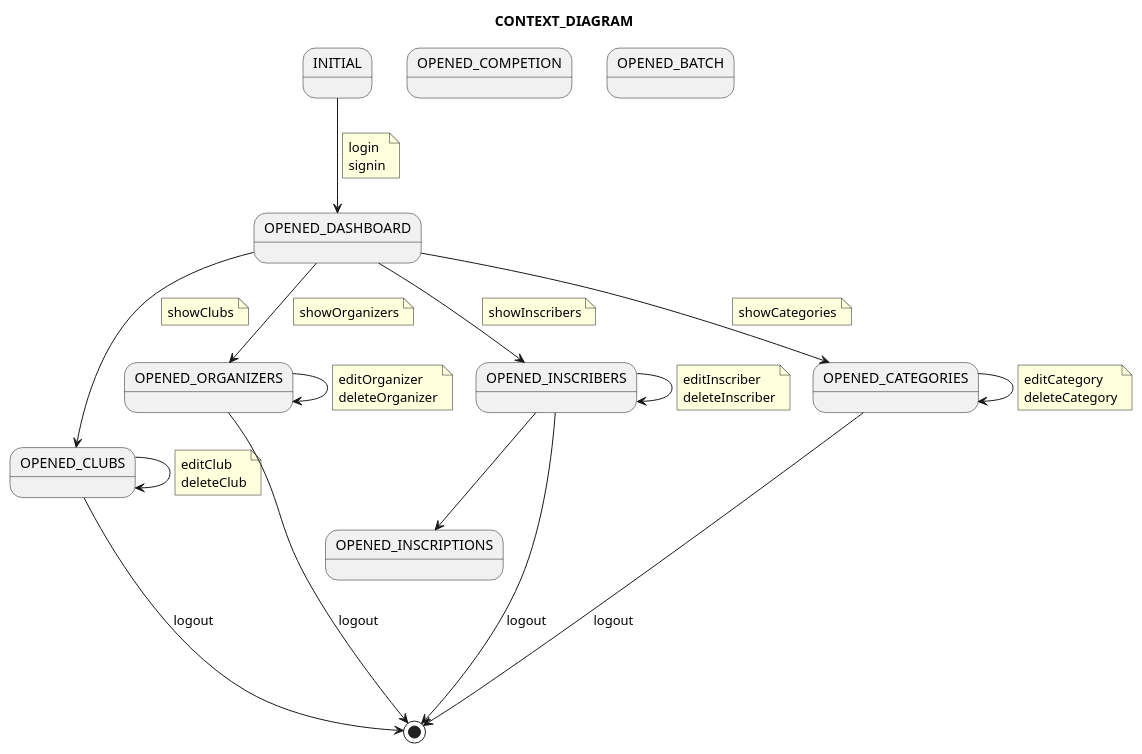
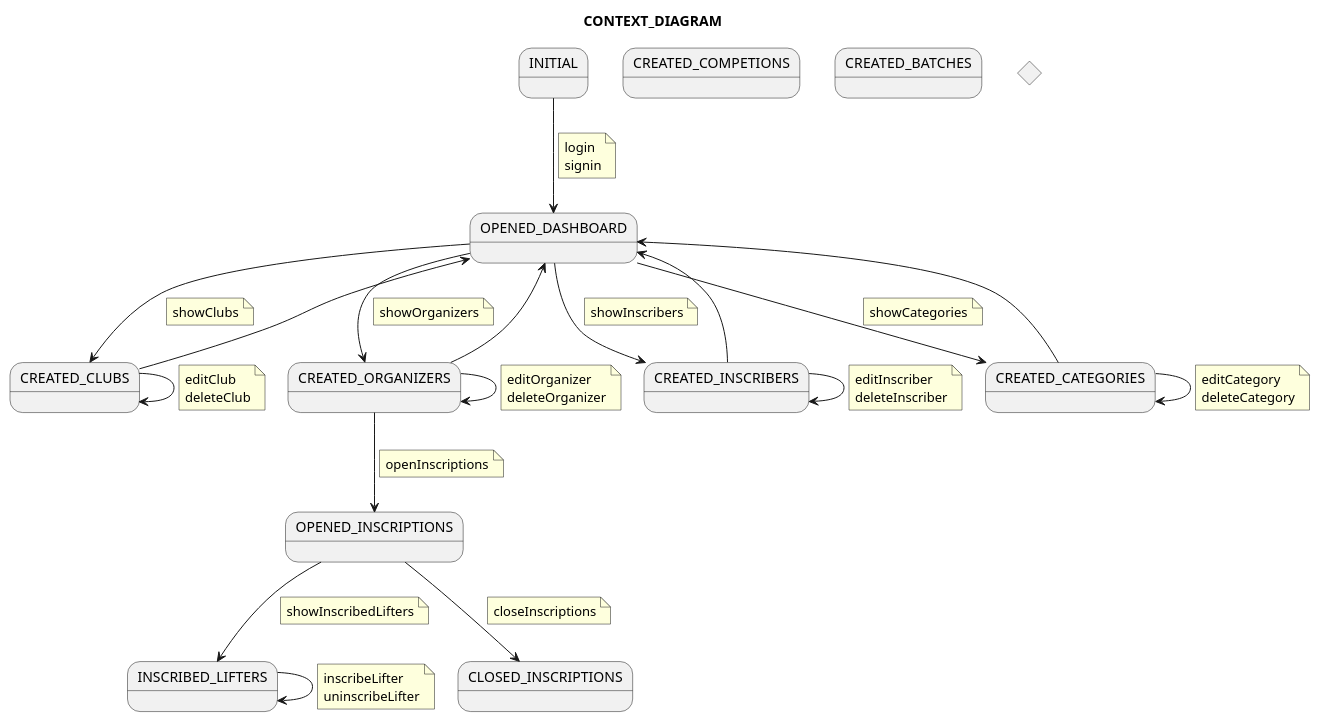
The diagram in diagrams/context/contextDiagram.puml (zuldare/mastercloud_pfm_halterocms), drawn with PlantUML before and after one commit.

Commit message:
Added inscriptions to context diagram

```diff
--- a/diagrams/context/contextDiagram.puml
+++ b/diagrams/context/contextDiagram.puml
@@ -1,97 +1,113 @@
 @startuml
 title CONTEXT_DIAGRAM
 
 state INITIAL
 state OPENED_DASHBOARD
-state OPENED_CLUBS
-state OPENED_ORGANIZERS
-state OPENED_INSCRIBERS
-state OPENED_CATEGORIES
+state CREATED_CLUBS
+state CREATED_ORGANIZERS
+state CREATED_INSCRIBERS
+state CREATED_CATEGORIES
 state OPENED_INSCRIPTIONS
+state CREATED_COMPETIONS
+state CREATED_BATCHES
 
-state OPENED_COMPETION
-state OPENED_BATCH
+state AreInscriptionsOpened <<choice>>
+state INSCRIBED_LIFTERS
 
 
 INITIAL --> OPENED_DASHBOARD
 note on link
   login
   signin
 end note
 
-OPENED_DASHBOARD --> OPENED_CLUBS
+OPENED_DASHBOARD --> CREATED_CLUBS
 note on link
   showClubs
 end note
+CREATED_CLUBS --> OPENED_DASHBOARD
 
-OPENED_DASHBOARD --> OPENED_ORGANIZERS
+
+OPENED_DASHBOARD --> CREATED_ORGANIZERS
 note on link
   showOrganizers
 end note
 
-OPENED_ORGANIZERS --> OPENED_ORGANIZERS
+CREATED_ORGANIZERS --> CREATED_ORGANIZERS
 note on link
   editOrganizer
   deleteOrganizer
 end note
+CREATED_ORGANIZERS --> OPENED_DASHBOARD
 
 
-OPENED_DASHBOARD --> OPENED_INSCRIBERS
+OPENED_DASHBOARD --> CREATED_INSCRIBERS
 note on link
   showInscribers
 end note
+CREATED_INSCRIBERS --> OPENED_DASHBOARD
 
-OPENED_INSCRIBERS --> OPENED_INSCRIBERS
+CREATED_INSCRIBERS --> CREATED_INSCRIBERS
 note on link
   editInscriber
   deleteInscriber
 end note
 
-OPENED_DASHBOARD --> OPENED_CATEGORIES
+OPENED_DASHBOARD --> CREATED_CATEGORIES
 note on link
   showCategories
 end note
 
-OPENED_CATEGORIES --> OPENED_CATEGORIES
+CREATED_CATEGORIES --> CREATED_CATEGORIES
 note on link
   editCategory
   deleteCategory
 end note
+CREATED_CATEGORIES --> OPENED_DASHBOARD
 
 
-OPENED_CLUBS --> OPENED_CLUBS
+CREATED_CLUBS --> CREATED_CLUBS
 note on link
   editClub
   deleteClub
 end note
 
-OPENED_CLUBS ---> [*] : logout
-OPENED_ORGANIZERS ----> [*] : logout
-OPENED_INSCRIBERS ----> [*] : logout
-OPENED_CATEGORIES ----> [*] : logout
+
+INSCRIBED_LIFTERS --> INSCRIBED_LIFTERS
+note on link
+  inscribeLifter
+  uninscribeLifter
+end note
+
+'CREATED_CLUBS ---> [*] : logout
+'CREATED_ORGANIZERS ---> [*] : logout
+'CREATED_INSCRIBERS ---> [*] : logout
+'CREATED_CATEGORIES ---> [*] : logout
 
 
 
-OPENED_INSCRIBERS --> OPENED_INSCRIPTIONS
+CREATED_ORGANIZERS --> OPENED_INSCRIPTIONS
+note on link
+  openInscriptions
+end note
 
 
-'[*] --> NotShooting
-'
-'state NotShooting {
-'  [*] --> Idle
-'  Idle --> Configuring : EvConfig
-'  Configuring --> Idle : EvConfig
-'}
-'
-'state Configuring {
-'  [*] --> NewValueSelection
-'  NewValueSelection --> NewValuePreview : EvNewValue
-'  NewValuePreview --> NewValueSelection : EvNewValueRejected
-'  NewValuePreview --> NewValueSelection : EvNewValueSaved
-'
-'  state NewValuePreview {
-'     State1 -> State2
-'  }
-'
-'}
+OPENED_INSCRIPTIONS --> INSCRIBED_LIFTERS
+note on link
+  showInscribedLifters
+end note
+
+OPENED_INSCRIPTIONS --> CLOSED_INSCRIPTIONS
+note on link
+  closeInscriptions
+end note
+
+
+'OPENED_INSCRIPTIONS --> AreInscriptionsOpened : are inscriptions opened
+'AreInscriptionsOpened --> INSCRIBED_LIFTERS
+'note on link
+'  inscribeLifter
+'end note
+
+
 @enduml
```
